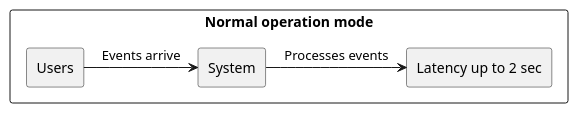
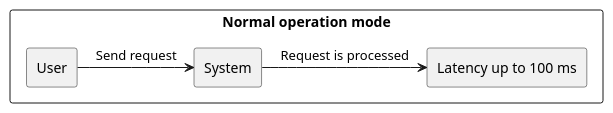
Before and after one commit to USI-MSDE-SA-2022/software-architecture-model-tmshts: the eighth of 12 diagrams in src/sa/model/index.md, drawn with PlantUML. The commit also changed other lines of this file, not shown here.

````diff
--- a/src/sa/model/index.md
+++ b/src/sa/model/index.md
@@ -435,20 +429,20 @@
 ```puml
 @startuml
 
 skinparam componentStyle rectangle
 skinparam monochrome true
 skinparam shadowing false
 
 rectangle "Normal operation mode" {
 
-rectangle "Users" as Source
-rectangle "Latency up to 2 sec" as Measure
+rectangle "User" as Source
+rectangle "Latency up to 100 ms" as Measure
 
-Source -> [System] : "Events arrive"
+Source -> [System] : "Send request"
 
-[System] -> [Measure] : "Processes events"
+[System] -> [Measure] : "Request is processed"
 
 }
 
 @enduml
 ```
````
